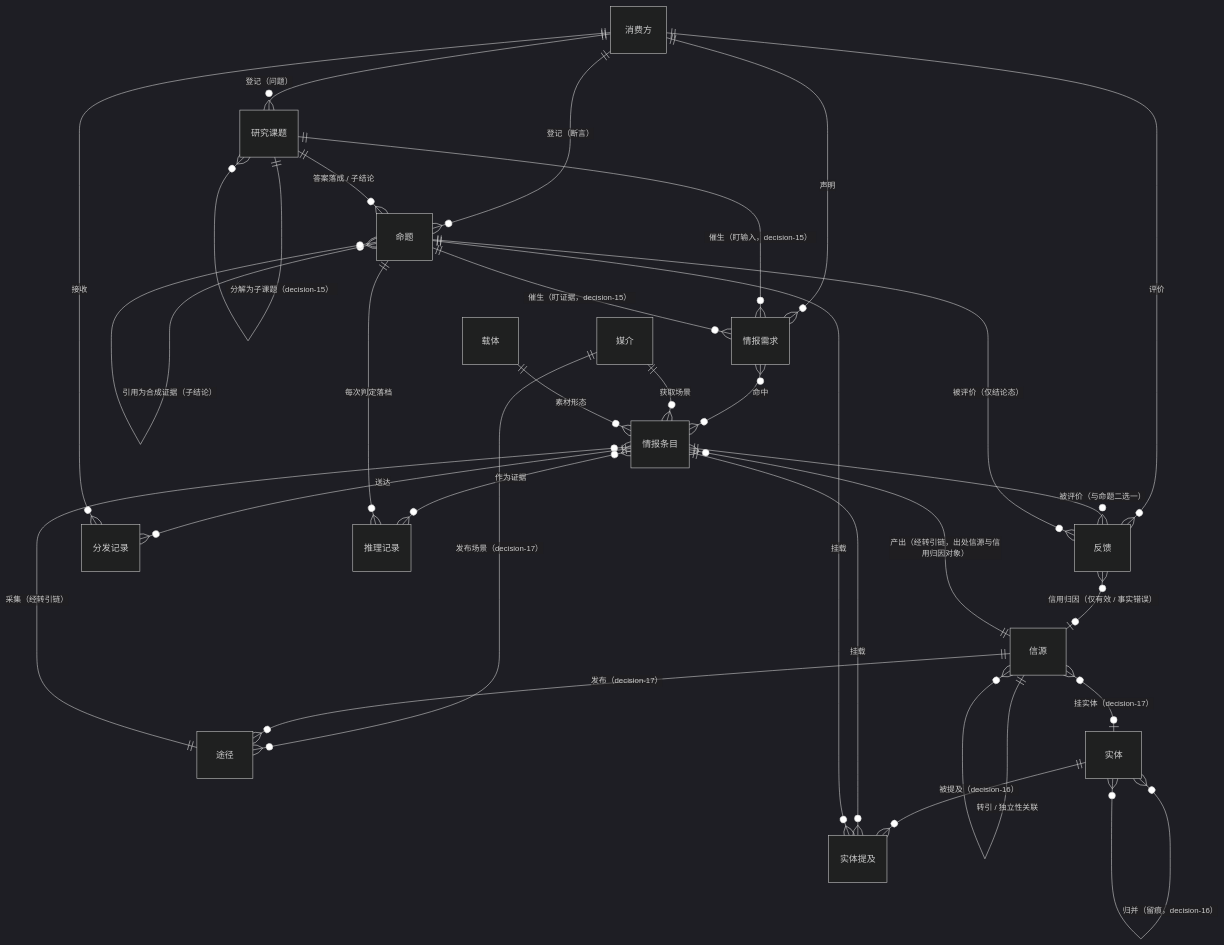
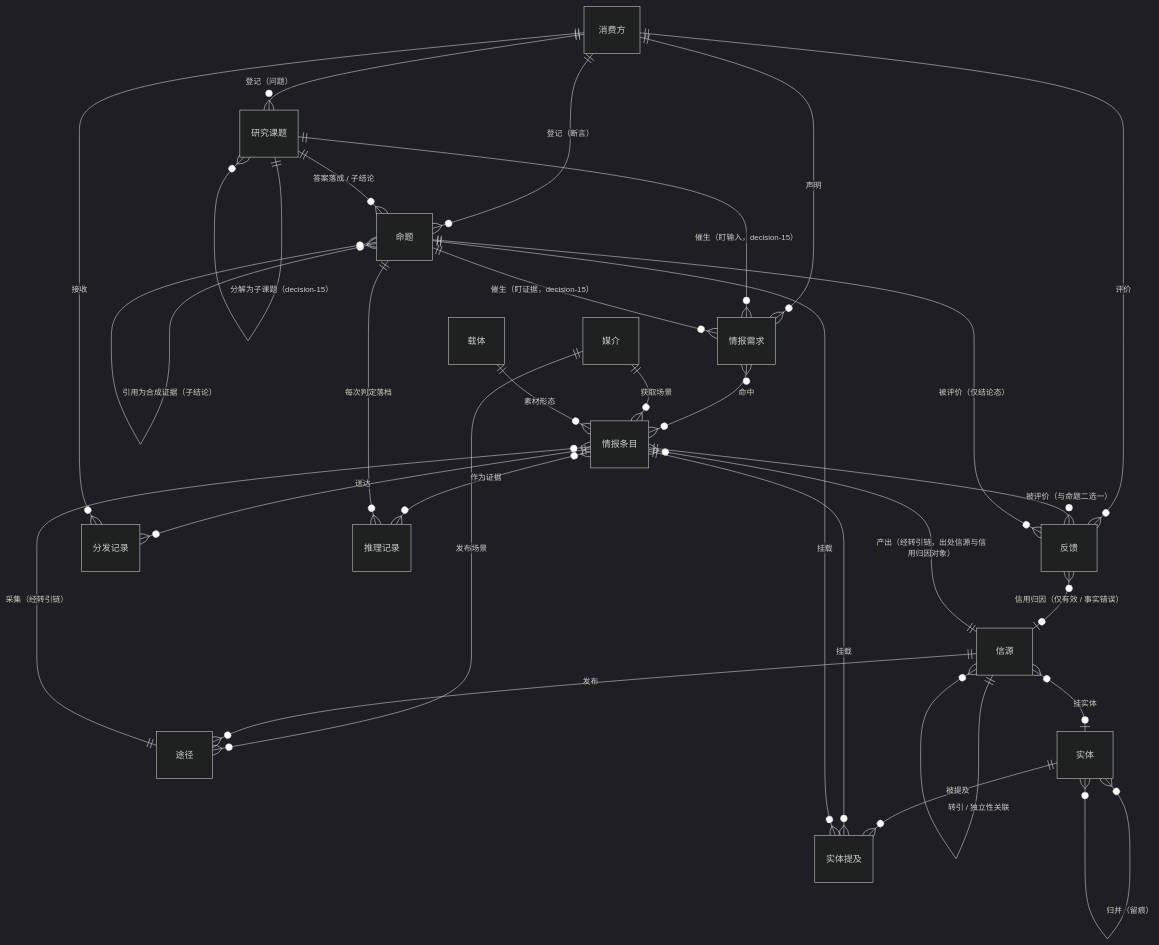
Before and after one commit to leoricmaster/iih: the third of 7 diagrams in backlog/docs/doc-02 - 领域模型-Domain-Model.md, drawn with Mermaid (dark theme). The commit also changed other lines of this file and 22 other files, not shown here.

````diff
--- a/backlog/docs/doc-02 - 领域模型-Domain-Model.md
+++ b/backlog/docs/doc-02 - 领域模型-Domain-Model.md
@@ -68,32 +68,32 @@
 ```mermaid
 erDiagram
     消费方 ||--o{ 情报需求 : "声明"
     消费方 ||--o{ 反馈 : "评价"
     消费方 ||--o{ 研究课题 : "登记（问题）"
     消费方 ||--o{ 命题 : "登记（断言）"
     研究课题 ||--o{ 命题 : "答案落成 / 子结论"
     研究课题 ||--o{ 情报需求 : "催生（盯输入，decision-15）"
     命题 ||--o{ 情报需求 : "催生（盯证据，decision-15）"
     研究课题 ||--o{ 研究课题 : "分解为子课题（decision-15）"
     命题 }o--o{ 命题 : "引用为合成证据（子结论）"
     情报需求 }o--o{ 情报条目 : "命中"
-    媒介 ||--o{ 途径 : "发布场景（decision-17）"
+    媒介 ||--o{ 途径 : "发布场景"
     媒介 ||--o{ 情报条目 : "获取场景"
     载体 ||--o{ 情报条目 : "素材形态"
-    信源 ||--o{ 途径 : "发布（decision-17）"
+    信源 ||--o{ 途径 : "发布"
     途径 ||--o{ 情报条目 : "采集（经转引链）"
     信源 ||--o{ 情报条目 : "产出（经转引链，出处信源与信用归因对象）"
     信源 ||--o{ 信源 : "转引 / 独立性关联"
-    信源 }o--o| 实体 : "挂实体（decision-17）"
-    实体 ||--o{ 实体提及 : "被提及（decision-16）"
+    信源 }o--o| 实体 : "挂实体"
+    实体 ||--o{ 实体提及 : "被提及"
     情报条目 ||--o{ 实体提及 : "挂载"
     命题 ||--o{ 实体提及 : "挂载"
-    实体 }o--o{ 实体 : "归并（留痕，decision-16）"
+    实体 }o--o{ 实体 : "归并（留痕）"
     情报条目 ||--o{ 分发记录 : "送达"
     消费方 ||--o{ 分发记录 : "接收"
     情报条目 }o--o{ 推理记录 : "作为证据"
     命题 ||--o{ 推理记录 : "每次判定落档"
     情报条目 ||--o{ 反馈 : "被评价（与命题二选一）"
     命题 ||--o{ 反馈 : "被评价（仅结论态）"
     反馈 }o--o| 信源 : "信用归因（仅有效 / 事实错误）"
 ```
````
